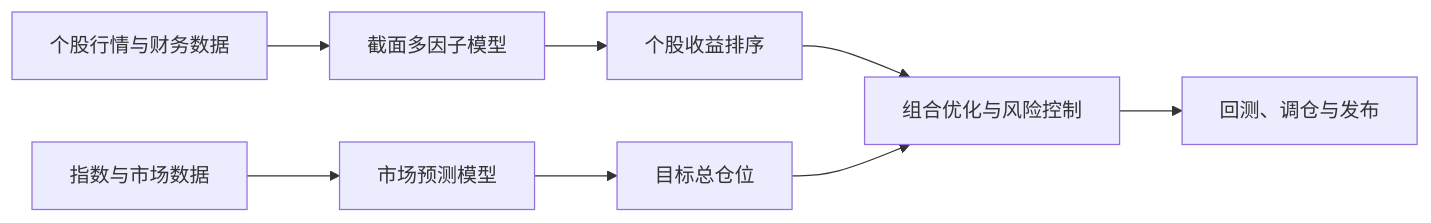
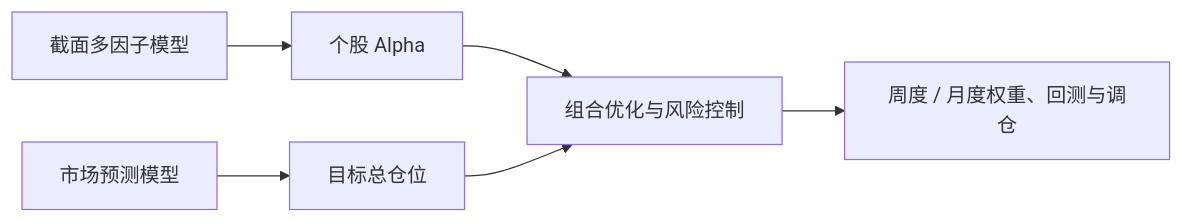
The diagram in README.md (JinxuJiang/A-share-Quantitative-Investment-System), drawn with Mermaid before and after one commit. The commit also changed other lines of this file and 39 other files, not shown here.

````diff
--- a/README.md
+++ b/README.md
@@ -9,8 +9,8 @@
 ```mermaid
 flowchart LR
-    A[个股行情与财务数据] --> B[截面多因子模型] --> C[个股收益排序]
-    D[指数与市场数据] --> E[市场预测模型] --> F[目标总仓位]
-    C --> G[组合优化与风险控制]
-    F --> G
-    G --> H[回测、调仓与发布]
+    A[截面多因子模型] --> C[个股 Alpha]
+    B[市场预测模型] --> D[目标总仓位]
+    C --> E[组合优化与风险控制]
+    D --> E
+    E --> F[周度 / 月度权重、回测与调仓]
 ```
````
